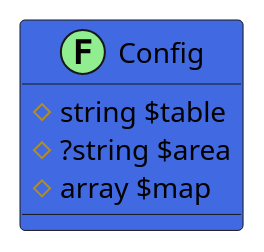
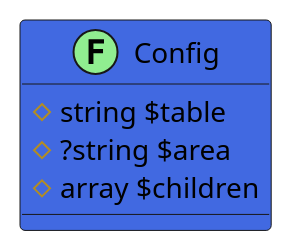
One commit to joomengine/jcb-packager changed the diagram in src/00ca7ee7-0a84-4153-b5eb-2091326969e0/README.md. Above: the diagram before and after it, drawn with PlantUML. The commit also changed other lines of this file and 498 other files, not shown here.

````diff
--- a/src/00ca7ee7-0a84-4153-b5eb-2091326969e0/README.md
+++ b/src/00ca7ee7-0a84-4153-b5eb-2091326969e0/README.md
@@ -13,10 +6,11 @@
 ```uml
 @startuml
+
 class Config << (F,LightGreen) >> #RoyalBlue {
   # string $table
   # ?string $area
-  # array $map
+  # array $children
 }
- 
+
 @enduml
 ```
````
